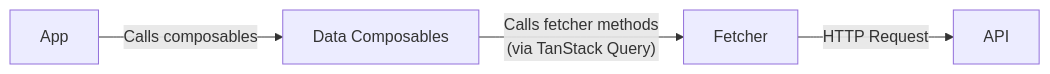
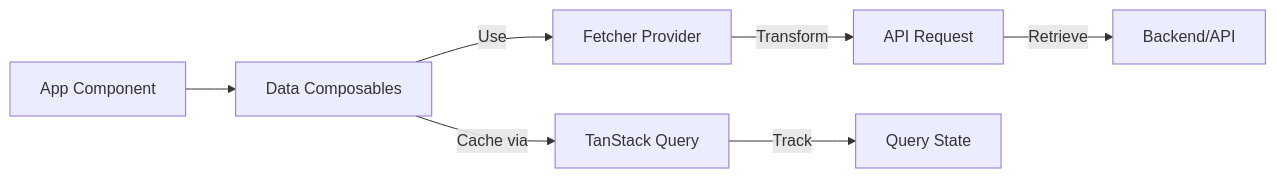
The first of 4 diagrams in docs/content/1.guides/1.data.md (aa900031/ginjou), drawn with Mermaid before and after one commit. The commit also changed other lines of this file and 173 other files, not shown here.

````diff
--- a/docs/content/1.guides/1.data.md
+++ b/docs/content/1.guides/1.data.md
@@ -35,8 +35,11 @@
 ```mermaid
 
 flowchart LR
-    A[App] -- Calls composables --> B[Data Composables]
-    B -- Calls fetcher methods<br/>(via TanStack Query) --> C[Fetcher]
-    C -- HTTP Request --> D[API]
+    A[App Component] --> B[Data Composables]
+    B -->|Use| C[Fetcher Provider]
+    C -->|Transform| D[API Request]
+    D -->|Retrieve| E[Backend/API]
+    B -->|Cache via| F[TanStack Query]
+    F -->|Track| G[Query State]
 
 ```
````
